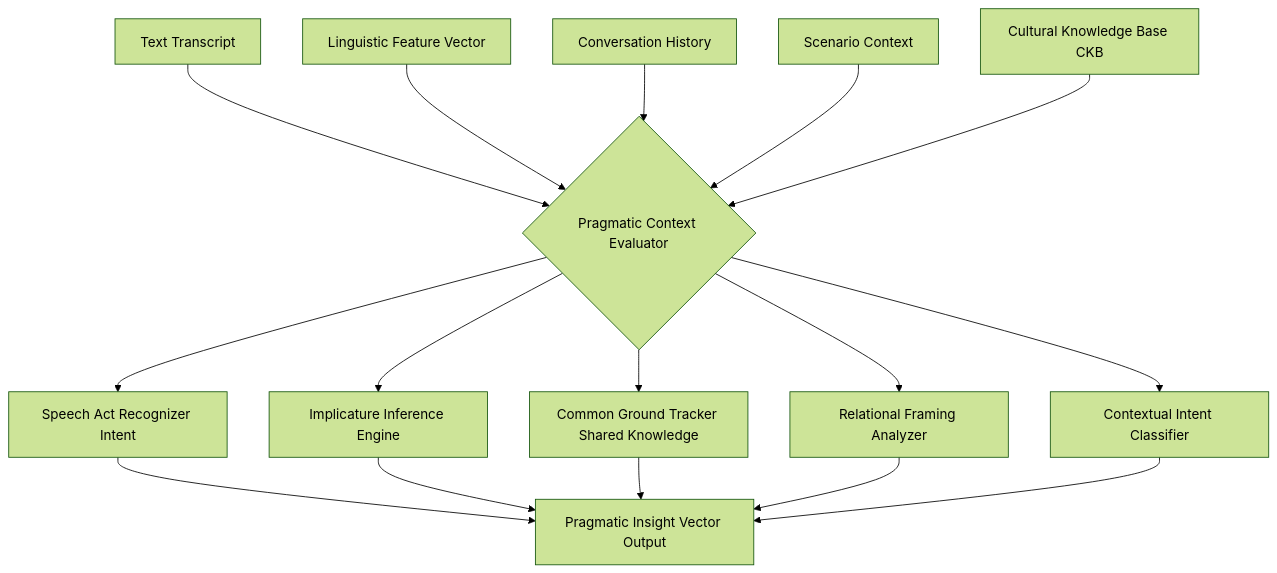
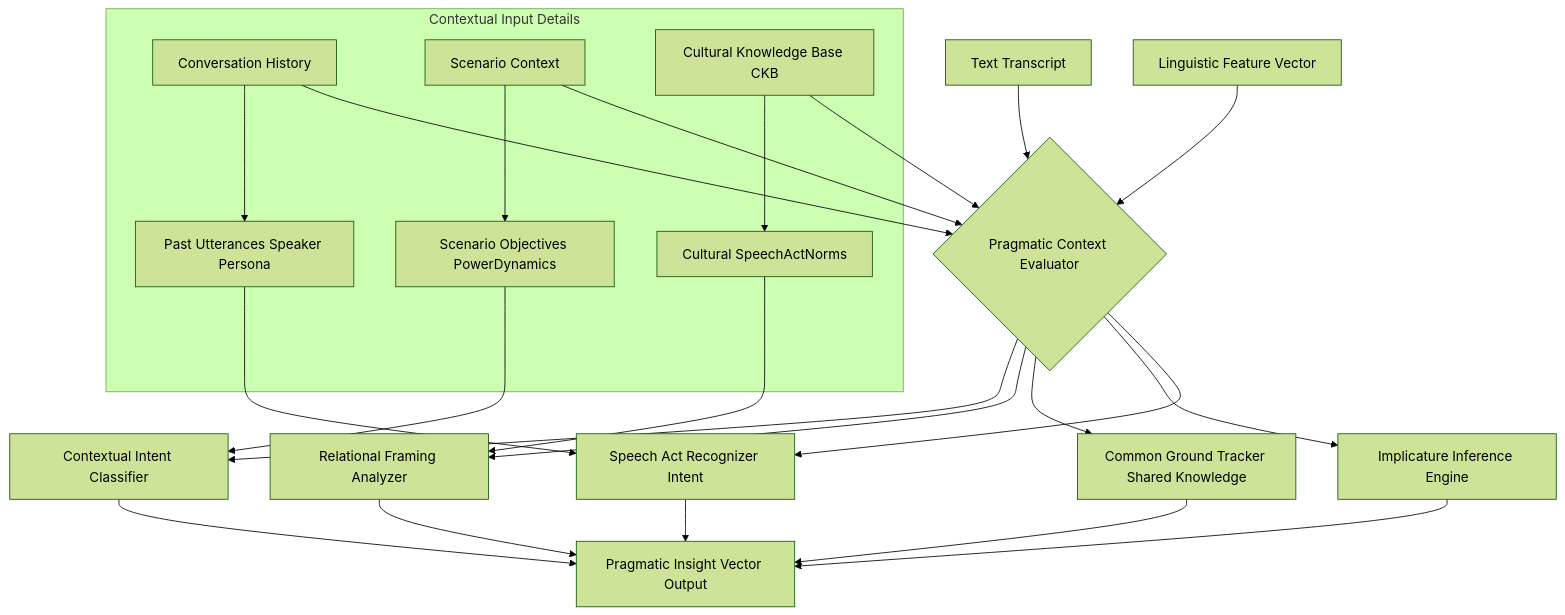
The third of 10 diagrams in inventions/inventions/019_cultural_communication_simulation_coach_ai_detailed_spec.md (diplomat-bit/Citibank_Demo_Business_Inc_Demonstration-), drawn with Mermaid (forest theme) before and after one commit. The commit also changed other lines of this file, not shown here.

Commit message:
[AI] Edit: inventions/inventions/019_cultural_communication_simulation_coach_ai_detailed_spec.md

````diff
--- a/inventions/inventions/019_cultural_communication_simulation_coach_ai_detailed_spec.md
+++ b/inventions/inventions/019_cultural_communication_simulation_coach_ai_detailed_spec.md
@@ -78,20 +128,28 @@
 ```mermaid
 graph TD
     A[Text Transcript] --> B{Pragmatic Context Evaluator}
     C[Linguistic Feature Vector] --> B
     D[Conversation History] --> B
     E[Scenario Context] --> B
     F[Cultural Knowledge Base CKB] --> B
 
     B --> G[Speech Act Recognizer Intent]
     B --> H[Implicature Inference Engine]
     B --> I[Common Ground Tracker Shared Knowledge]
     B --> J[Relational Framing Analyzer]
     B --> K[Contextual Intent Classifier]
 
     G --> L[Pragmatic Insight Vector Output]
     H --> L
     I --> L
     J --> L
     K --> L
+    subgraph Contextual Input Details
+        D --> D1[Past Utterances Speaker Persona]
+        E --> E1[Scenario Objectives PowerDynamics]
+        F --> F1[Cultural SpeechActNorms]
+    end
+    D1 --> G
+    E1 --> K
+    F1 --> J
 ```
````
